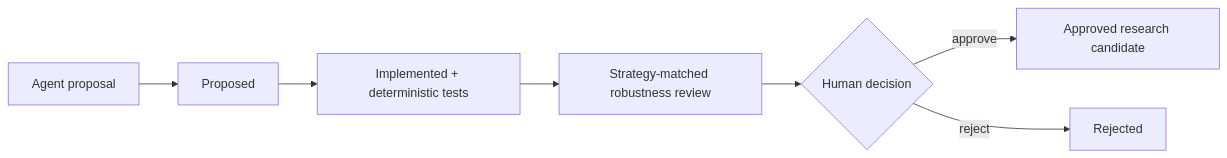
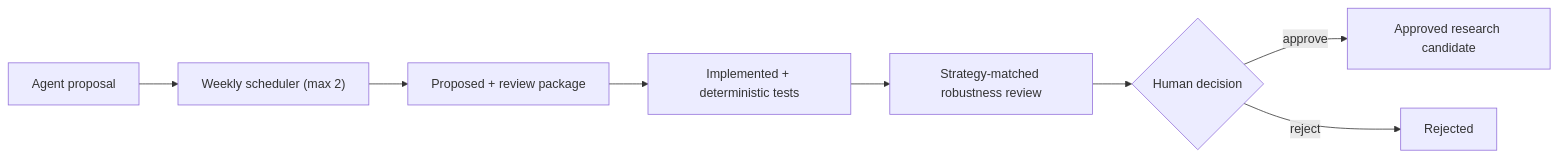
One commit to yanzhang404/QuantOS changed the fifth of 6 diagrams in ARCHITECTURE.md. Above: the diagram before and after it, drawn with Mermaid. The commit also changed other lines of this file and 30 other files, not shown here.

````diff
--- a/ARCHITECTURE.md
+++ b/ARCHITECTURE.md
@@ -132,9 +132,10 @@
 ```mermaid
 flowchart LR
-    A["Agent proposal"] --> P["Proposed"]
+    A["Agent proposal"] --> S["Weekly scheduler (max 2)"]
+    S --> P["Proposed + review package"]
     P --> I["Implemented + deterministic tests"]
     I --> G["Strategy-matched robustness review"]
     G --> H{"Human decision"}
     H -->|approve| A2["Approved research candidate"]
     H -->|reject| R2["Rejected"]
 ```
````
